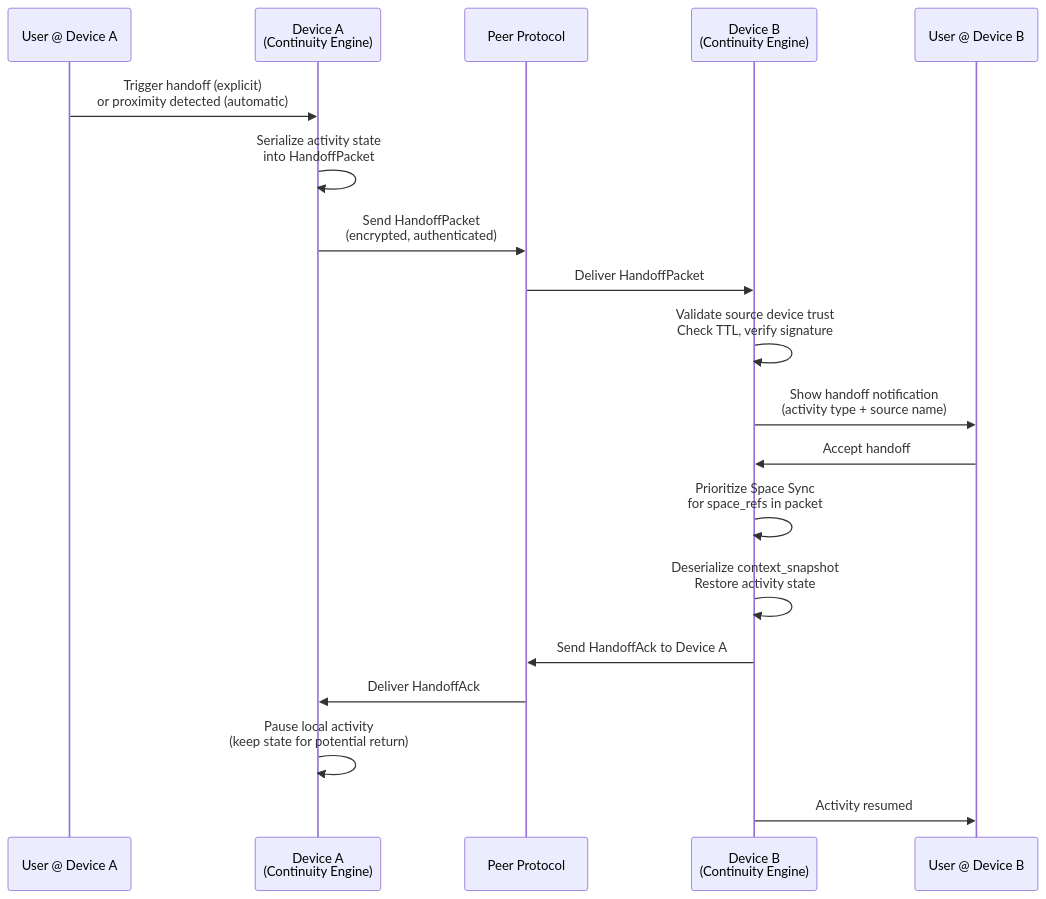
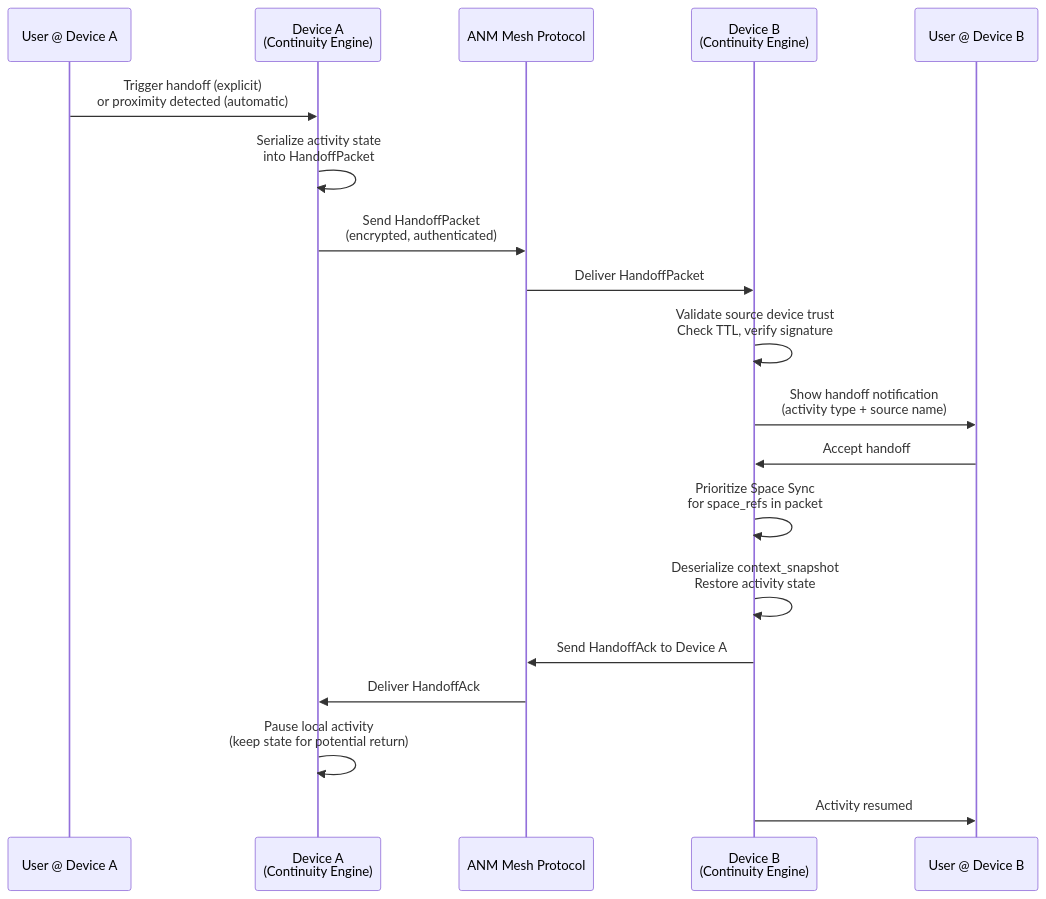
Before and after one commit to juslee/aios: the first of 3 diagrams in docs/platform/multi-device/experience.md, drawn with Mermaid. The commit also changed other lines of this file and 74 other files, not shown here.

First line of the commit message:
ANM: AI Network Model — replace OSI with mesh-native networking (#139)

````diff
--- a/docs/platform/multi-device/experience.md
+++ b/docs/platform/multi-device/experience.md
@@ -68,22 +68,22 @@
 ```mermaid
 sequenceDiagram
     participant UserA as User @ Device A
     participant DA as Device A<br/>(Continuity Engine)
-    participant PP as Peer Protocol
+    participant PP as ANM Mesh Protocol
     participant DB as Device B<br/>(Continuity Engine)
     participant UserB as User @ Device B
 
     UserA->>DA: Trigger handoff (explicit)<br/>or proximity detected (automatic)
     DA->>DA: Serialize activity state<br/>into HandoffPacket
     DA->>PP: Send HandoffPacket<br/>(encrypted, authenticated)
     PP->>DB: Deliver HandoffPacket
     DB->>DB: Validate source device trust<br/>Check TTL, verify signature
     DB->>UserB: Show handoff notification<br/>(activity type + source name)
     UserB->>DB: Accept handoff
     DB->>DB: Prioritize Space Sync<br/>for space_refs in packet
     DB->>DB: Deserialize context_snapshot<br/>Restore activity state
     DB->>PP: Send HandoffAck to Device A
     PP->>DA: Deliver HandoffAck
     DA->>DA: Pause local activity<br/>(keep state for potential return)
     DB->>UserB: Activity resumed
 ```
````
